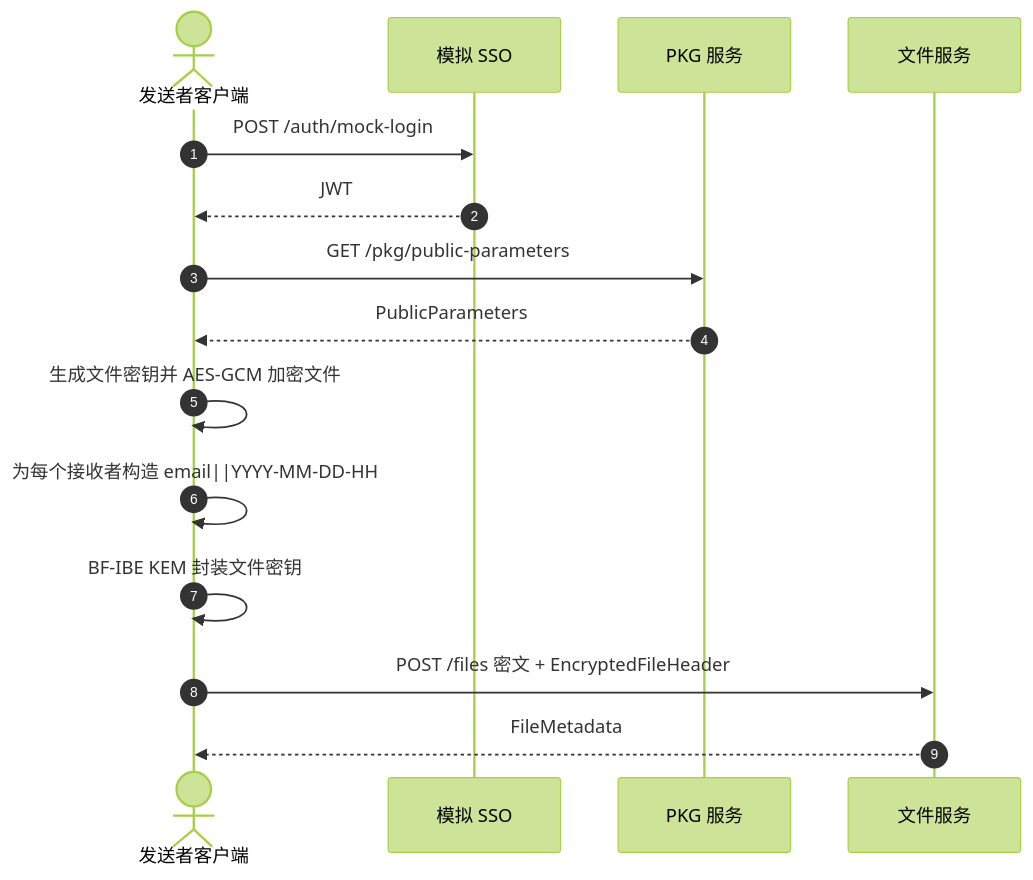
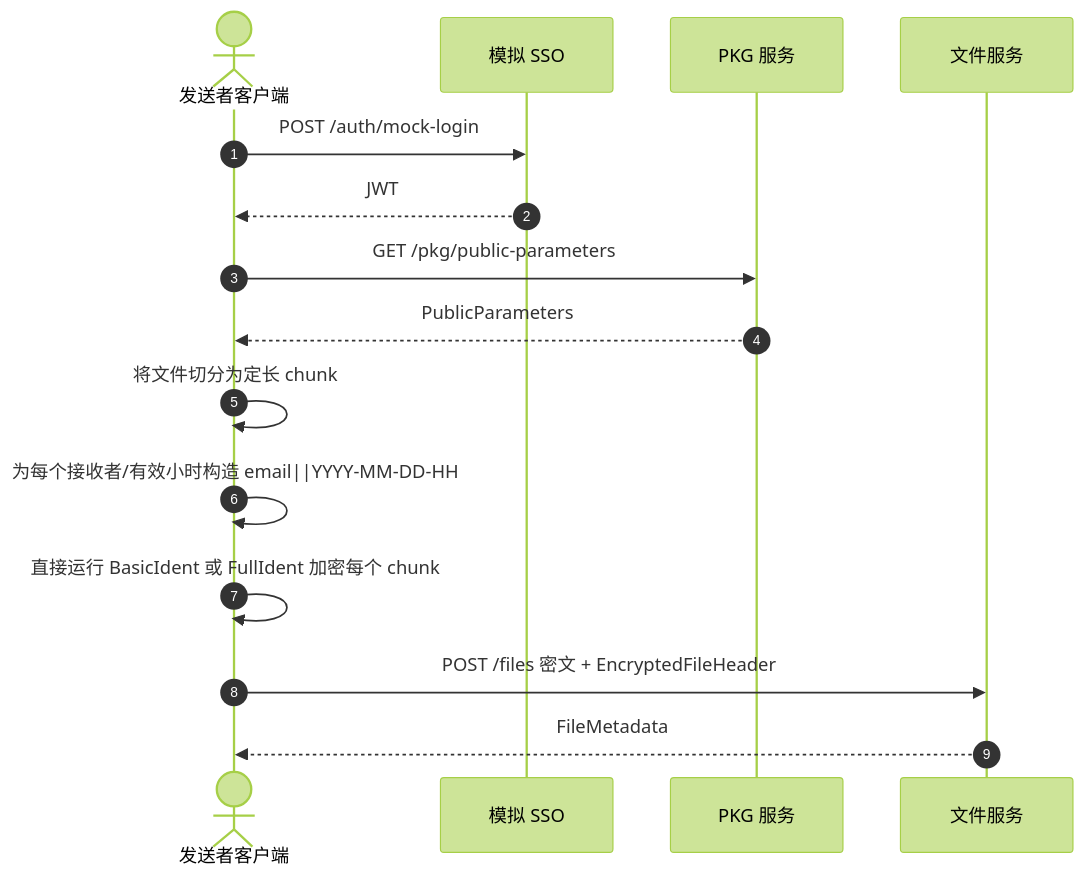
One commit to firfisa/BF-IBE changed the third of 7 diagrams in docs/diagrams.md. Above: the diagram before and after it, drawn with Mermaid (forest theme). The commit also changed other lines of this file and 9 other files, not shown here.

````diff
--- a/docs/diagrams.md
+++ b/docs/diagrams.md
@@ -43,18 +43,18 @@
 ```mermaid
 sequenceDiagram
   autonumber
   actor Sender as 发送者客户端
   participant SSO as 模拟 SSO
   participant PKG as PKG 服务
   participant FS as 文件服务
 
   Sender->>SSO: POST /auth/mock-login
   SSO-->>Sender: JWT
   Sender->>PKG: GET /pkg/public-parameters
   PKG-->>Sender: PublicParameters
-  Sender->>Sender: 生成文件密钥并 AES-GCM 加密文件
-  Sender->>Sender: 为每个接收者构造 email||YYYY-MM-DD-HH
-  Sender->>Sender: BF-IBE KEM 封装文件密钥
+  Sender->>Sender: 将文件切分为定长 chunk
+  Sender->>Sender: 为每个接收者/有效小时构造 email||YYYY-MM-DD-HH
+  Sender->>Sender: 直接运行 BasicIdent 或 FullIdent 加密每个 chunk
   Sender->>FS: POST /files 密文 + EncryptedFileHeader
   FS-->>Sender: FileMetadata
 ```
````
